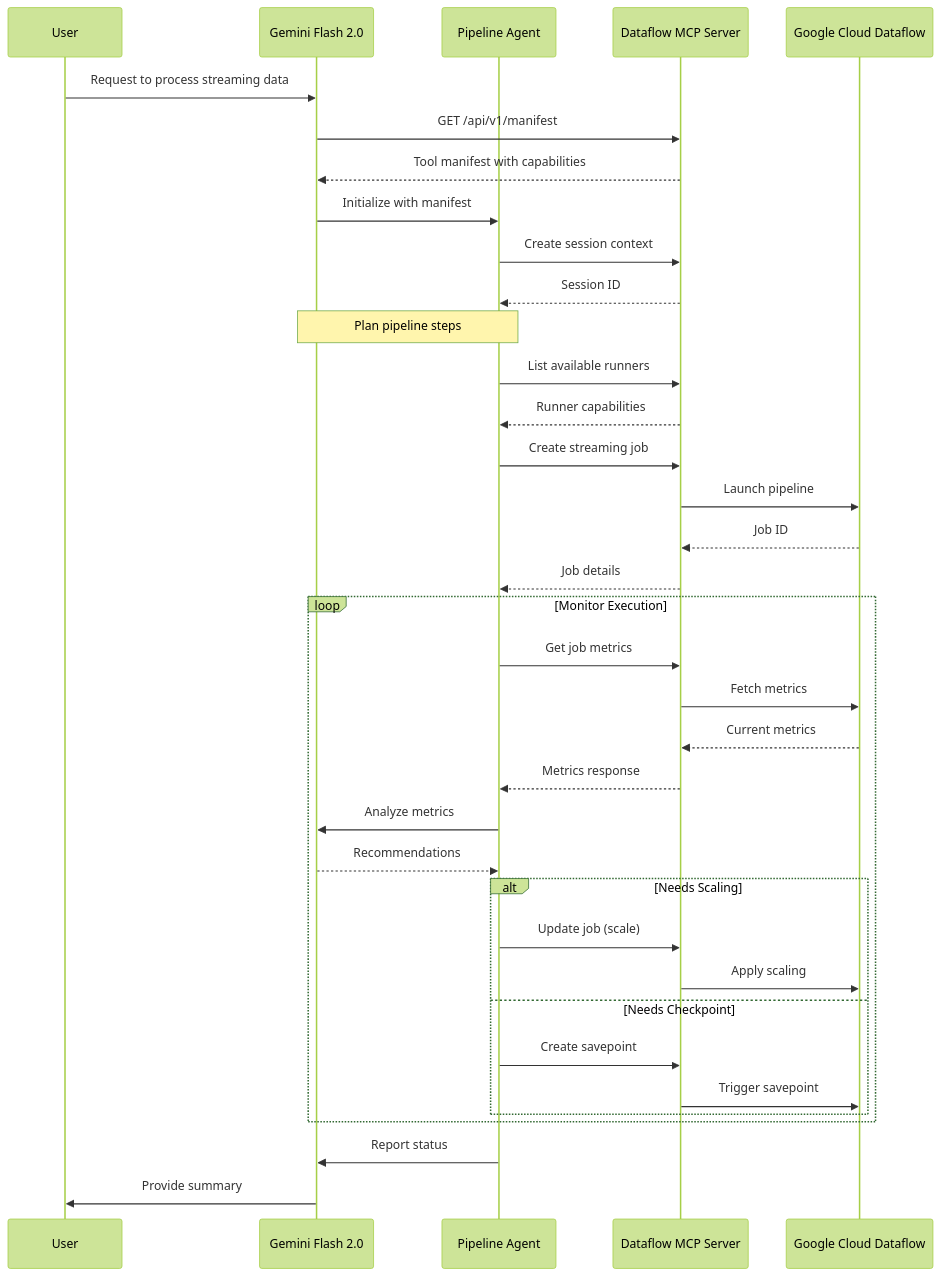
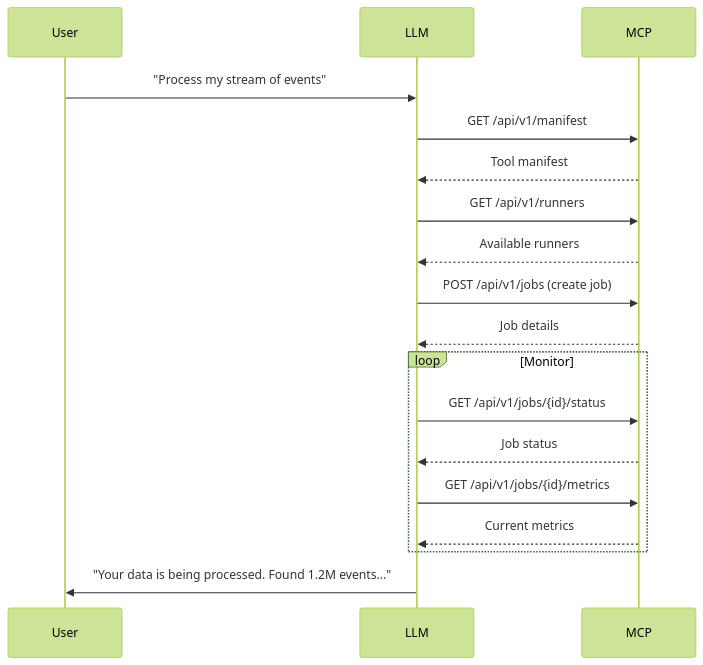
One commit to souravch/beam-mcp-server changed the diagram in docs/llm_integration.md. Above: the diagram before and after it, drawn with Mermaid (forest theme). The commit also changed other lines of this file and 12 other files, not shown here.

````diff
--- a/docs/llm_integration.md
+++ b/docs/llm_integration.md
@@ -17,46 +56,19 @@
 ```mermaid
 sequenceDiagram
-    participant User
-    participant LLM as Gemini Flash 2.0
-    participant Agent as Pipeline Agent
-    participant MCP as Dataflow MCP Server
-    participant Dataflow as Google Cloud Dataflow
-
-    User->>LLM: Request to process streaming data
+    User->>LLM: "Process my stream of events"
     LLM->>MCP: GET /api/v1/manifest
-    MCP-->>LLM: Tool manifest with capabilities
+    MCP-->>LLM: Tool manifest
+    LLM->>MCP: GET /api/v1/runners
+    MCP-->>LLM: Available runners
+    LLM->>MCP: POST /api/v1/jobs (create job)
+    MCP-->>LLM: Job details
     
-    LLM->>Agent: Initialize with manifest
-    Agent->>MCP: Create session context
-    MCP-->>Agent: Session ID
-    
-    Note over LLM,Agent: Plan pipeline steps
-    
-    Agent->>MCP: List available runners
-    MCP-->>Agent: Runner capabilities
-    
-    Agent->>MCP: Create streaming job
-    MCP->>Dataflow: Launch pipeline
-    Dataflow-->>MCP: Job ID
-    MCP-->>Agent: Job details
-    
-    loop Monitor Execution
-        Agent->>MCP: Get job metrics
-        MCP->>Dataflow: Fetch metrics
-        Dataflow-->>MCP: Current metrics
-        MCP-->>Agent: Metrics response
-        Agent->>LLM: Analyze metrics
-        LLM-->>Agent: Recommendations
-        
-        alt Needs Scaling
-            Agent->>MCP: Update job (scale)
-            MCP->>Dataflow: Apply scaling
-        else Needs Checkpoint
-            Agent->>MCP: Create savepoint
-            MCP->>Dataflow: Trigger savepoint
-        end
+    loop Monitor
+        LLM->>MCP: GET /api/v1/jobs/{id}/status
+        MCP-->>LLM: Job status
+        LLM->>MCP: GET /api/v1/jobs/{id}/metrics
+        MCP-->>LLM: Current metrics
     end
     
-    Agent->>LLM: Report status
-    LLM->>User: Provide summary
+    LLM->>User: "Your data is being processed. Found 1.2M events..."
 ```
````
